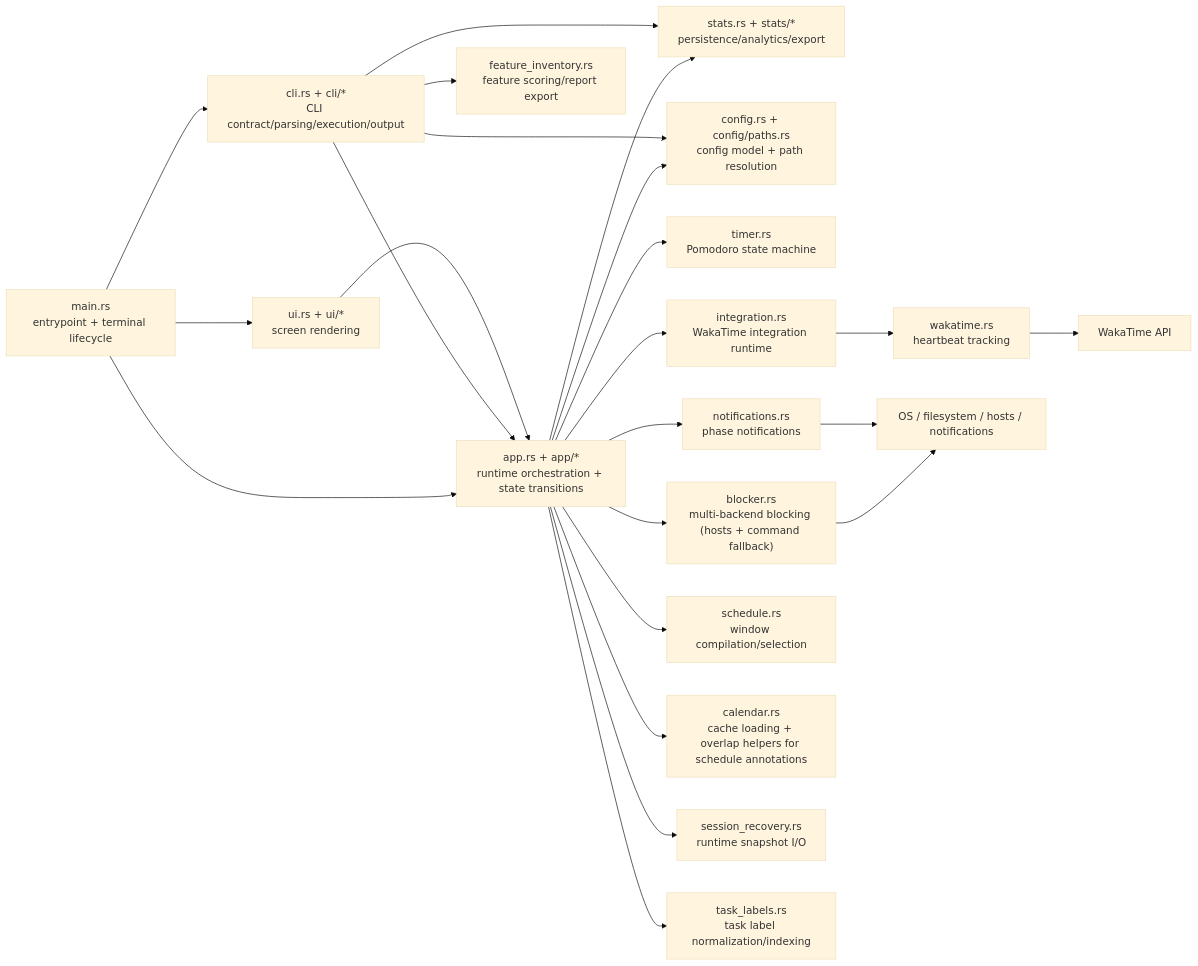
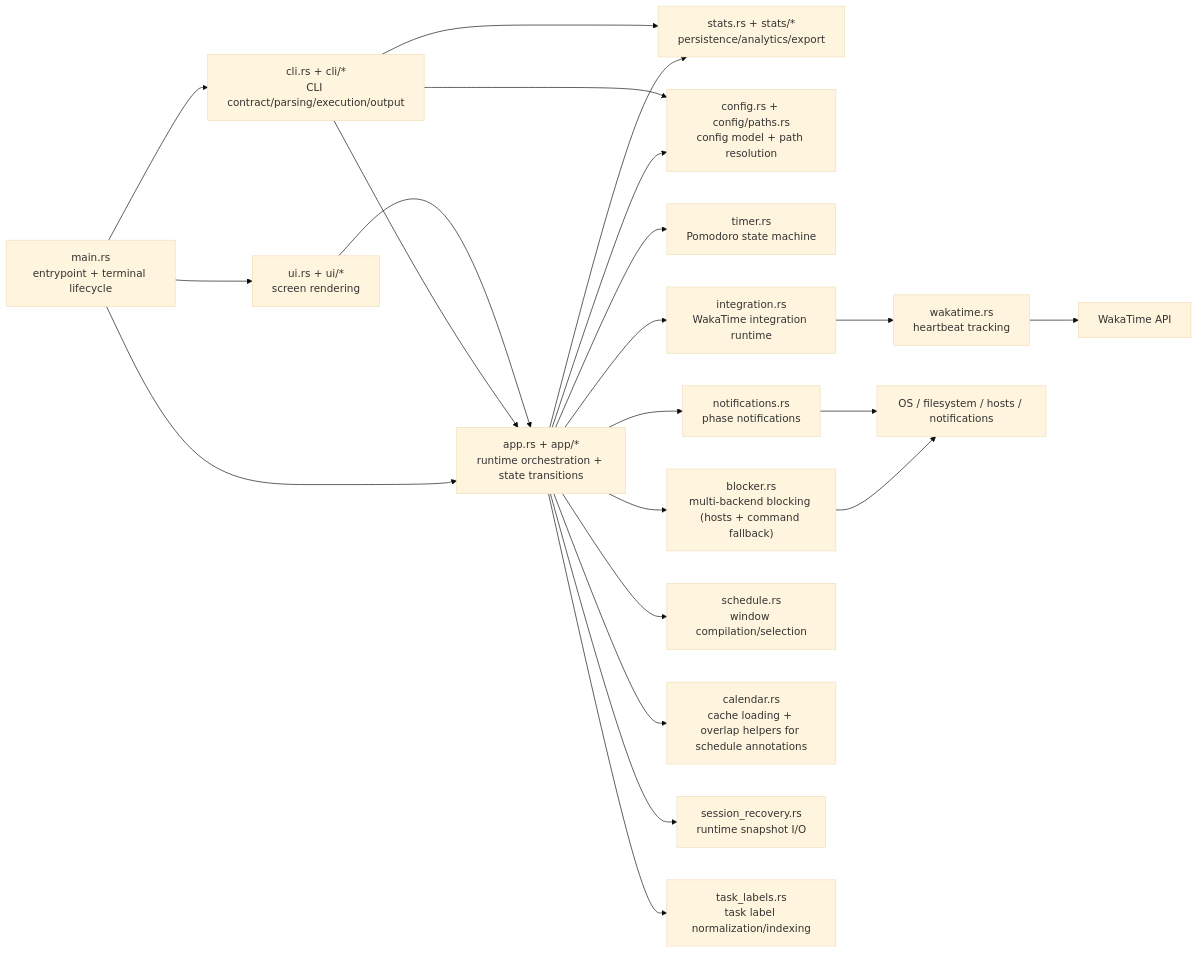
The first of 2 diagrams in ARCHITECTURE.md (utilForever/focustime), drawn with Mermaid (base theme) before and after one commit. The commit also changed other lines of this file and 6 other files, not shown here.

Commit message:
docs: move cleanup planning to roadmap issues

````diff
--- a/ARCHITECTURE.md
+++ b/ARCHITECTURE.md
@@ -10,44 +10,42 @@
 ```mermaid
 flowchart LR
     M["main.rs<br/>entrypoint + terminal lifecycle"]
     CLI["cli.rs + cli/*<br/>CLI contract/parsing/execution/output"]
     APP["app.rs + app/*<br/>runtime orchestration + state transitions"]
     UI["ui.rs + ui/*<br/>screen rendering"]
     ST["stats.rs + stats/*<br/>persistence/analytics/export"]
-    FI["feature_inventory.rs<br/>feature scoring/report export"]
     CFG["config.rs + config/paths.rs<br/>config model + path resolution"]
     TM["timer.rs<br/>Pomodoro state machine"]
     BL["blocker.rs<br/>multi-backend blocking (hosts + command fallback)"]
     IG["integration.rs<br/>WakaTime integration runtime"]
     WK["wakatime.rs<br/>heartbeat tracking"]
     NT["notifications.rs<br/>phase notifications"]
     SCH["schedule.rs<br/>window compilation/selection"]
     CAL["calendar.rs<br/>cache loading + overlap helpers for schedule annotations"]
     REC["session_recovery.rs<br/>runtime snapshot I/O"]
     TL["task_labels.rs<br/>task label normalization/indexing"]
     OS["OS / filesystem / hosts / notifications"]
     API["WakaTime API"]
 
     M --> CLI
     M --> APP
     M --> UI
     APP --> CFG
     APP --> TM
     APP --> BL
     APP --> IG
     IG --> WK
     APP --> NT
     APP --> SCH
     APP --> CAL
     APP --> ST
     APP --> TL
     APP --> REC
     CLI --> APP
     CLI --> CFG
     CLI --> ST
-    CLI --> FI
     UI --> APP
     BL --> OS
     NT --> OS
     WK --> API
 ```
````
